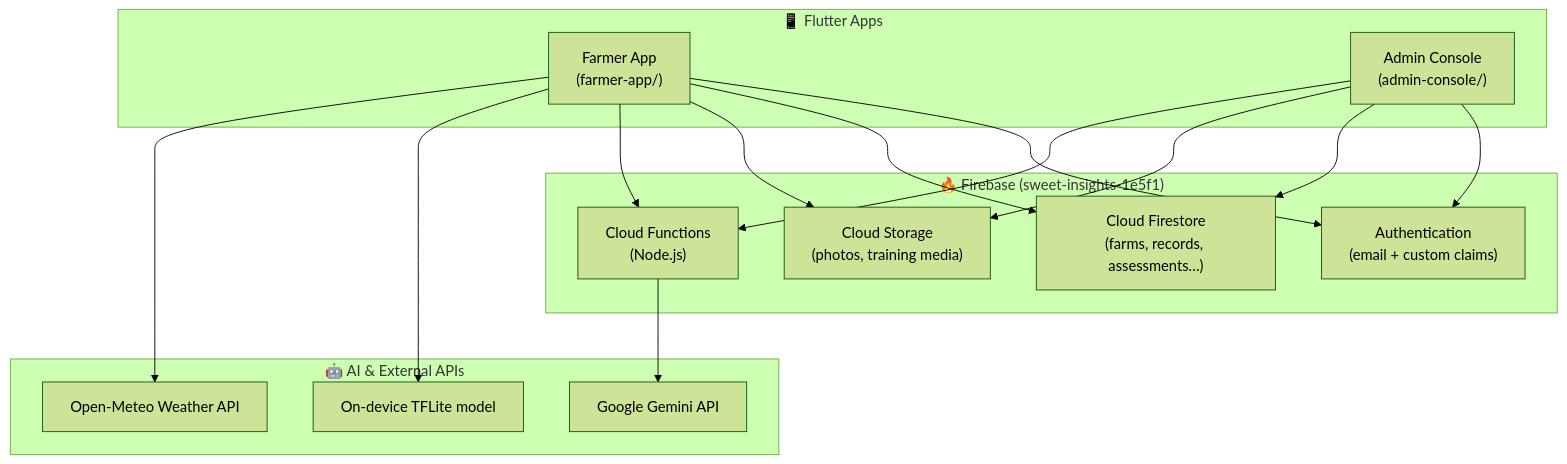
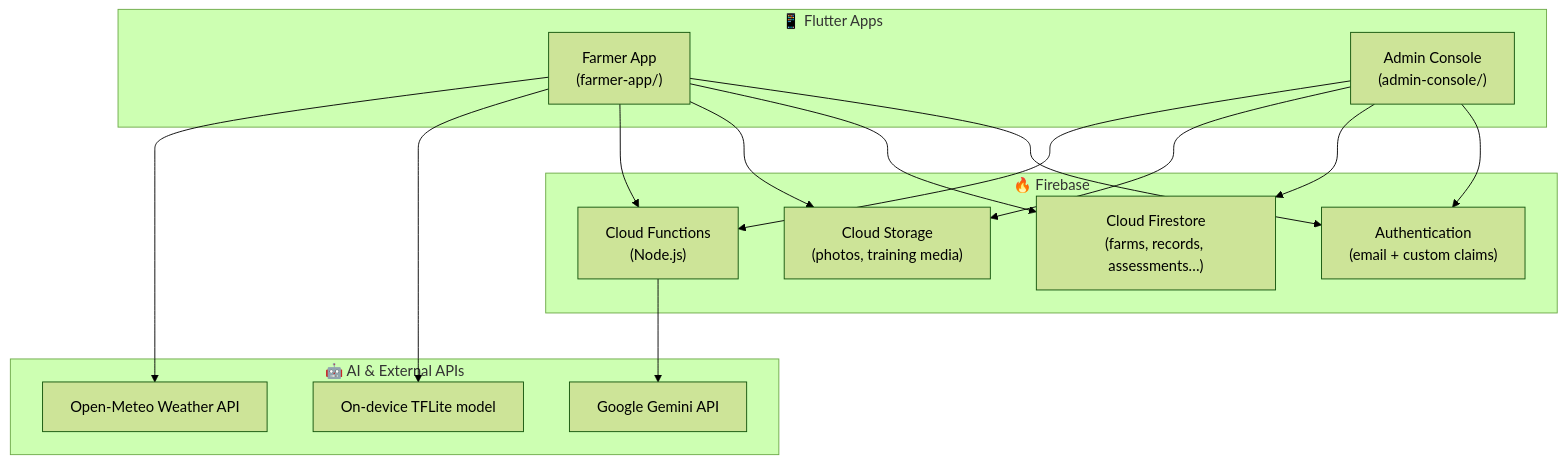
One commit to bedrockexe/MangoMind changed the diagram in README.md. Above: the diagram before and after it, drawn with Mermaid (forest theme). The commit also changed 4 other files, not shown here.

First line of the commit message:
Update screenshots and trim README architecture

````diff
--- a/README.md
+++ b/README.md
@@ -95,26 +95,26 @@
 ```mermaid
 flowchart TD
     subgraph Apps["📱 Flutter Apps"]
         C["Farmer App<br/>(farmer-app/)"]
         A["Admin Console<br/>(admin-console/)"]
     end
 
-    subgraph Firebase["🔥 Firebase (sweet-insights-1e5f1)"]
+    subgraph Firebase["🔥 Firebase"]
         Auth["Authentication<br/>(email + custom claims)"]
         FS["Cloud Firestore<br/>(farms, records, assessments…)"]
         ST["Cloud Storage<br/>(photos, training media)"]
         CF["Cloud Functions<br/>(Node.js)"]
     end
 
     subgraph AI["🤖 AI & External APIs"]
         TFL["On-device TFLite model"]
         GEM["Google Gemini API"]
         WX["Open-Meteo Weather API"]
     end
 
     C --> Auth & FS & ST & CF
     A --> Auth & FS & ST & CF
     C --> TFL
     C --> WX
     CF --> GEM
 ```
````
